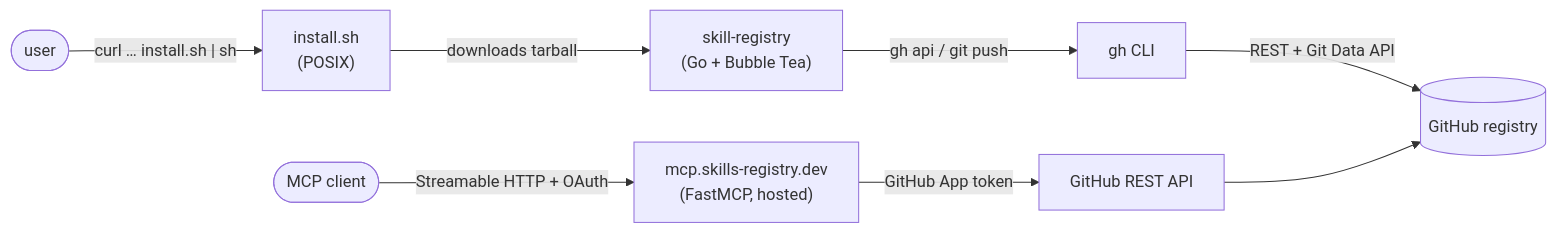
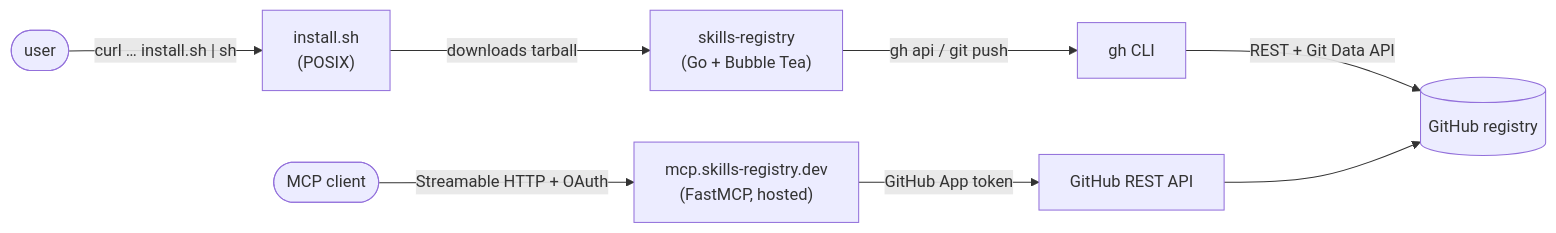
The first of 3 diagrams in docs/registry.md (anand-92/skills-registry), drawn with Mermaid before and after one commit. The commit also changed other lines of this file and 87 other files, not shown here.

Commit message:
refactor: hard-rename skill-registry to skills-registry

````diff
--- a/docs/registry.md
+++ b/docs/registry.md
@@ -9,10 +9,10 @@
 ```mermaid
 flowchart LR
   U([user]) -->|"curl … install.sh | sh"| InstallSh["install.sh<br/>(POSIX)"]
-  InstallSh -->|"downloads tarball"| GoCLI["skill-registry<br/>(Go + Bubble Tea)"]
+  InstallSh -->|"downloads tarball"| GoCLI["skills-registry<br/>(Go + Bubble Tea)"]
   GoCLI -->|"gh api / git push"| GH["gh CLI"]
   GH -->|"REST + Git Data API"| Repo[(GitHub registry)]
   Agent([MCP client]) -->|"Streamable HTTP + OAuth"| Hosted["mcp.skills-registry.dev<br/>(FastMCP, hosted)"]
   Hosted -->|"GitHub App token"| GH2["GitHub REST API"]
   GH2 --> Repo
 ```
````
